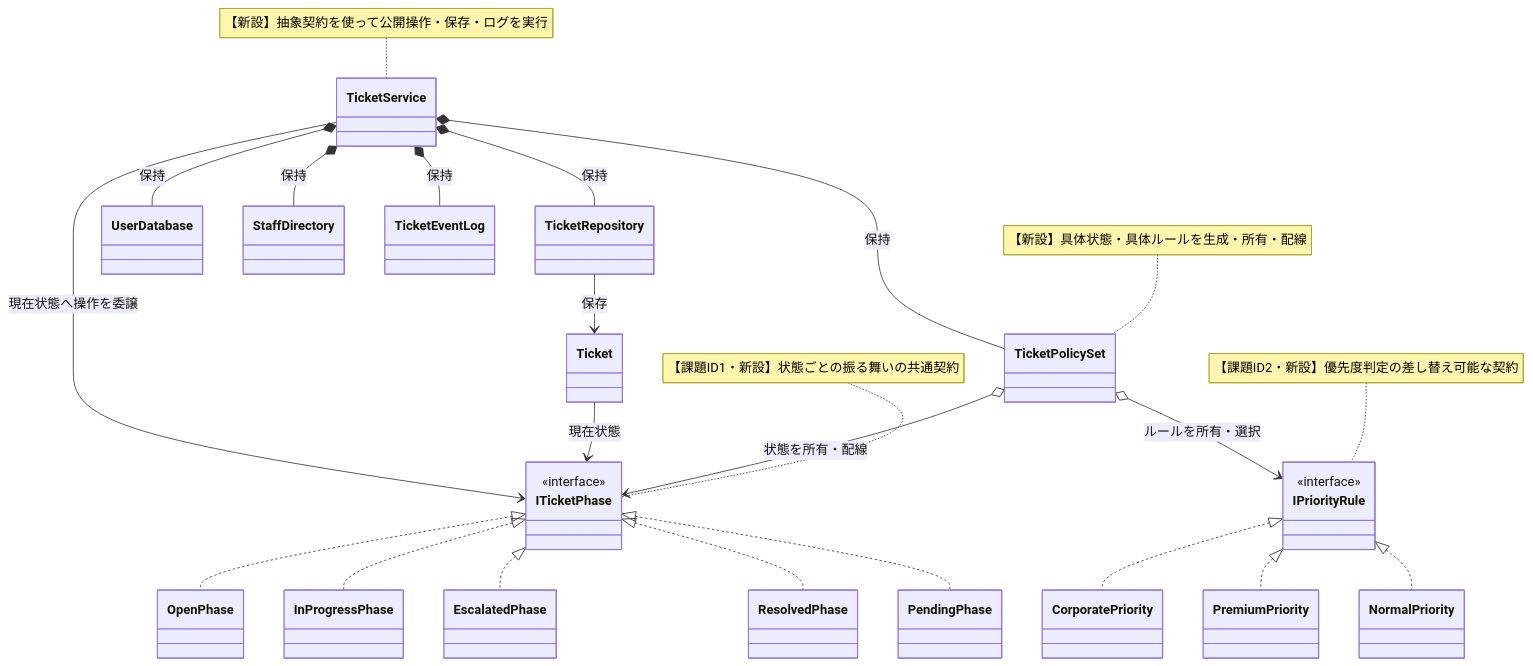
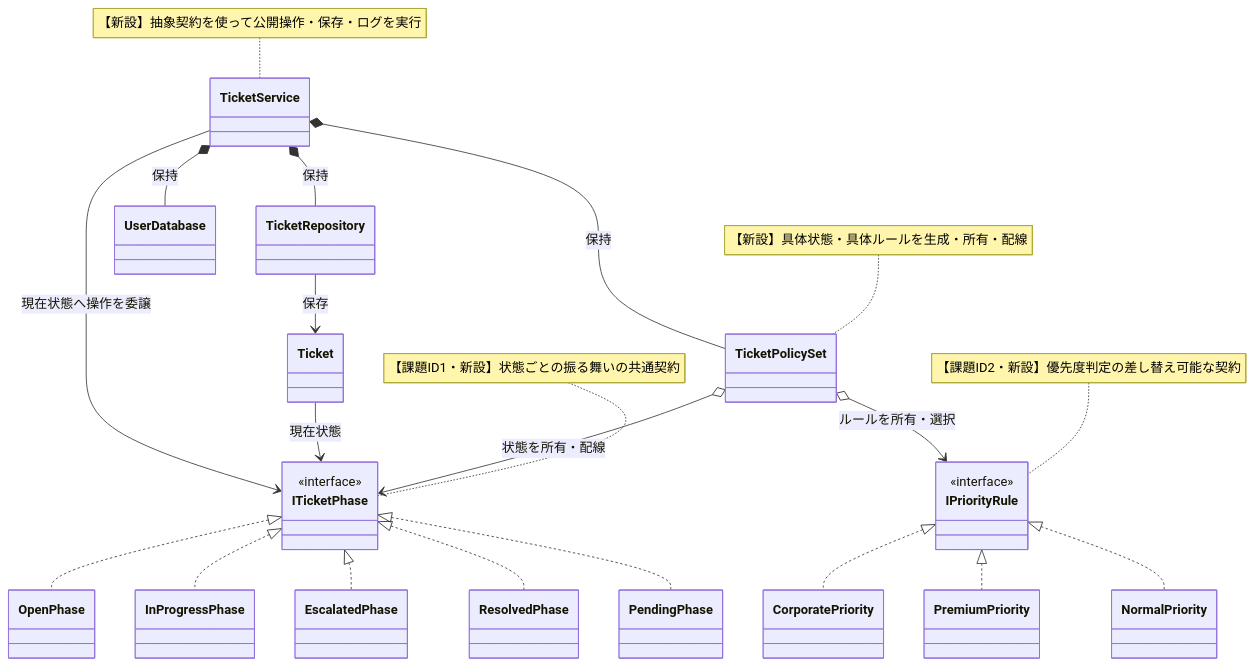
One commit to kumachan1101-pixel/DesignPattern changed diagram 16 of 22 in kindle/design-patterns/output/chapter09_2.md. Above: the diagram before and after it, drawn with Mermaid. The commit also changed other lines of this file, not shown here.

First line of the commit message:
CH09-004: StaffDirectory と TicketEventLog を削除し、フローの向きを直す

````diff
--- a/kindle/design-patterns/output/chapter09_2.md
+++ b/kindle/design-patterns/output/chapter09_2.md
@@ -2319,46 +2307,42 @@
 ```mermaid
 classDiagram
     class TicketService
     class TicketPolicySet
     class TicketRepository
     class UserDatabase
-    class StaffDirectory
-    class TicketEventLog
     class Ticket
     class ITicketPhase { <<interface>> }
     class OpenPhase
     class InProgressPhase
     class EscalatedPhase
     class ResolvedPhase
     class PendingPhase
     class IPriorityRule { <<interface>> }
     class CorporatePriority
     class PremiumPriority
     class NormalPriority
     TicketService *-- TicketRepository : 保持
     TicketService *-- UserDatabase : 保持
-    TicketService *-- StaffDirectory : 保持
-    TicketService *-- TicketEventLog : 保持
     TicketService *-- TicketPolicySet : 保持
     TicketPolicySet o--> ITicketPhase : 状態を所有・配線
     TicketPolicySet o--> IPriorityRule : ルールを所有・選択
     TicketRepository --> Ticket : 保存
     Ticket --> ITicketPhase : 現在状態
     TicketService --> ITicketPhase : 現在状態へ操作を委譲
     ITicketPhase <|.. OpenPhase
     ITicketPhase <|.. InProgressPhase
     ITicketPhase <|.. EscalatedPhase
     ITicketPhase <|.. ResolvedPhase
     ITicketPhase <|.. PendingPhase
     IPriorityRule <|.. CorporatePriority
     IPriorityRule <|.. PremiumPriority
     IPriorityRule <|.. NormalPriority
 
     note for ITicketPhase "【課題ID1・新設】状態ごとの振る舞いの共通契約"
     note for IPriorityRule "【課題ID2・新設】優先度判定の差し替え可能な契約"
     note for TicketPolicySet "【新設】具体状態・具体ルールを生成・所有・配線"
     note for TicketService "【新設】抽象契約を使って公開操作・保存・ログを実行"
 
     classDef focus fill:#FFF2CC,stroke:#D6B656,stroke-width:2px,color:#222222
     cssClass "TicketService,TicketPolicySet,ITicketPhase,OpenPhase,InProgressPhase,EscalatedPhase,ResolvedPhase,PendingPhase,IPriorityRule,CorporatePriority,PremiumPriority,NormalPriority" focus
 ```
````
